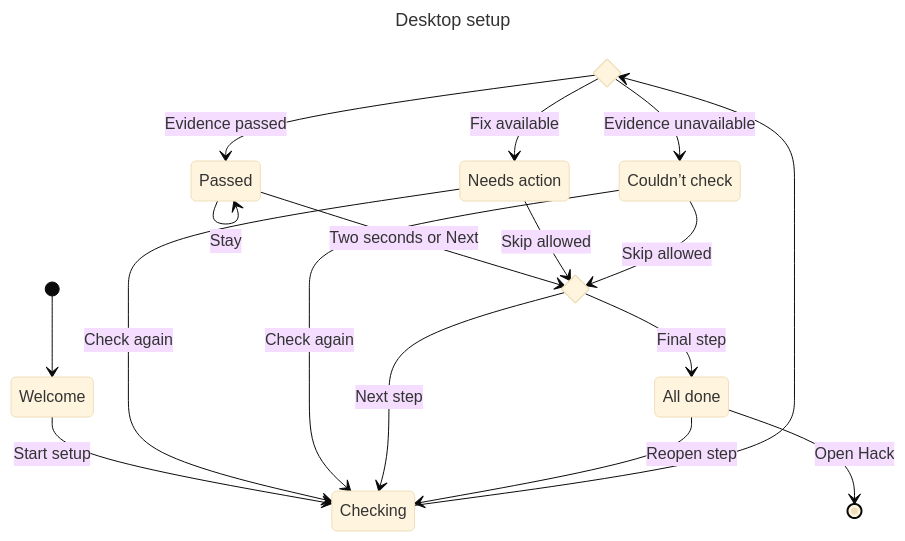
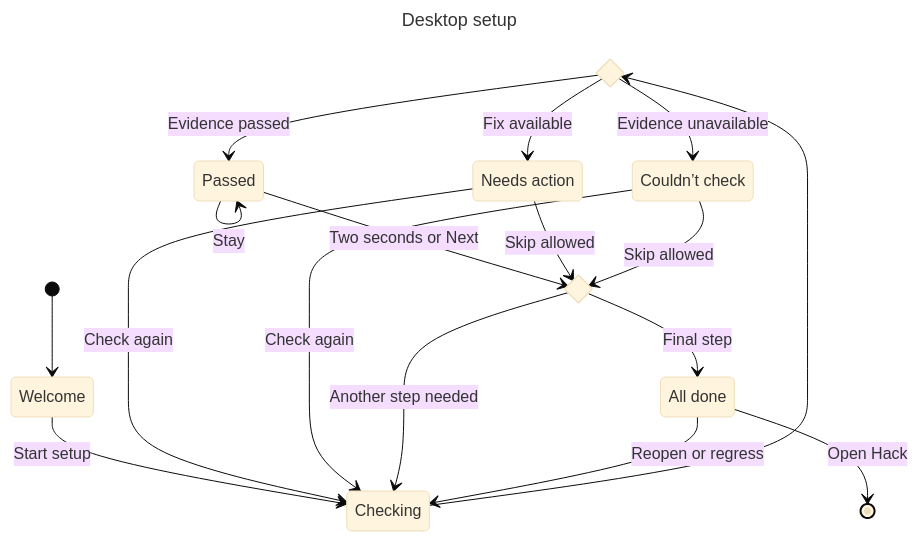
One commit to hack-dance/hack changed the diagram in apps/desktop/screenshots/setup-flow/state-diagram.mmd. Above: the diagram before and after it, drawn with Mermaid (base theme). The commit also changed 11 other files, not shown here.

```diff
--- a/apps/desktop/screenshots/setup-flow/state-diagram.mmd
+++ b/apps/desktop/screenshots/setup-flow/state-diagram.mmd
@@ -1,26 +1,26 @@
 ---
 title: Desktop setup
 ---
 stateDiagram-v2
     direction TB
     state Result <<choice>>
     state Progress <<choice>>
     state "All done" as Done
     state "Needs action" as NeedsAction
     state "Couldn’t check" as Unchecked
     [*] --> Welcome
     Welcome --> Checking : Start setup
     Checking --> Result
     Result --> Passed : Evidence passed
     Result --> NeedsAction : Fix available
     Result --> Unchecked : Evidence unavailable
     NeedsAction --> Checking : Check again
     Unchecked --> Checking : Check again
     Passed --> Progress : Two seconds or Next
     Passed --> Passed : Stay
     NeedsAction --> Progress : Skip allowed
     Unchecked --> Progress : Skip allowed
-    Progress --> Checking : Next step
+    Progress --> Checking : Another step needed
     Progress --> Done : Final step
-    Done --> Checking : Reopen step
+    Done --> Checking : Reopen or regress
     Done --> [*] : Open Hack
```
